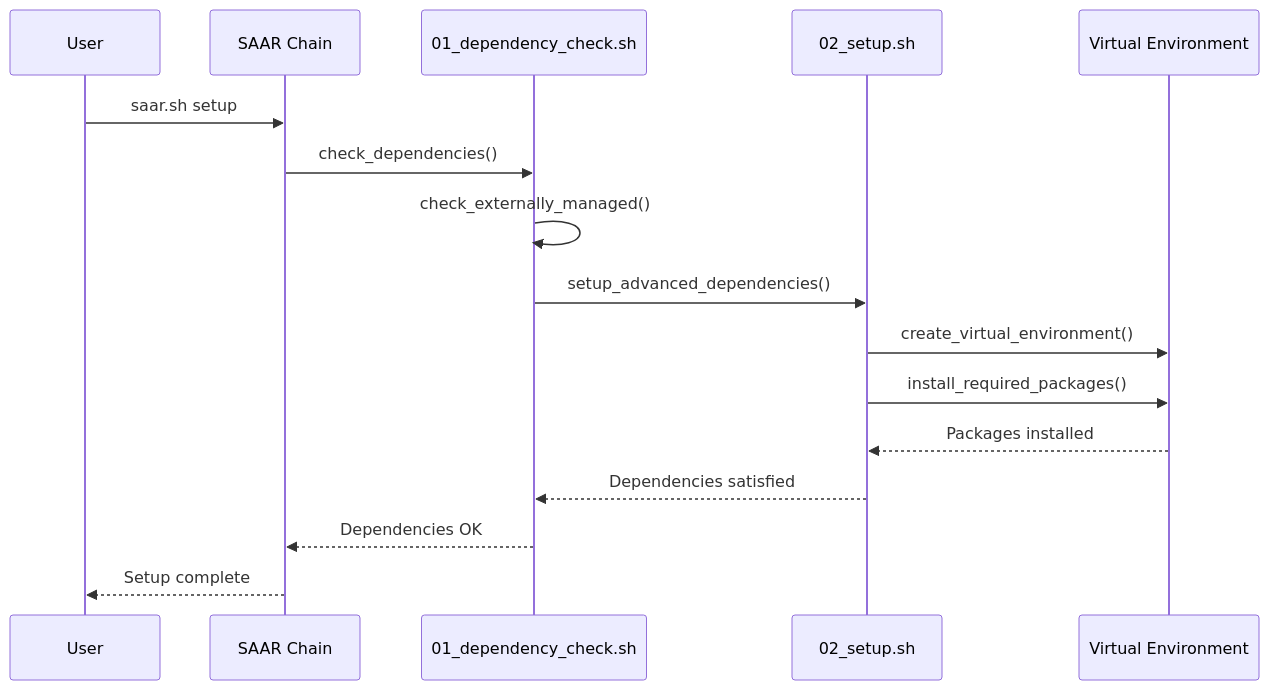
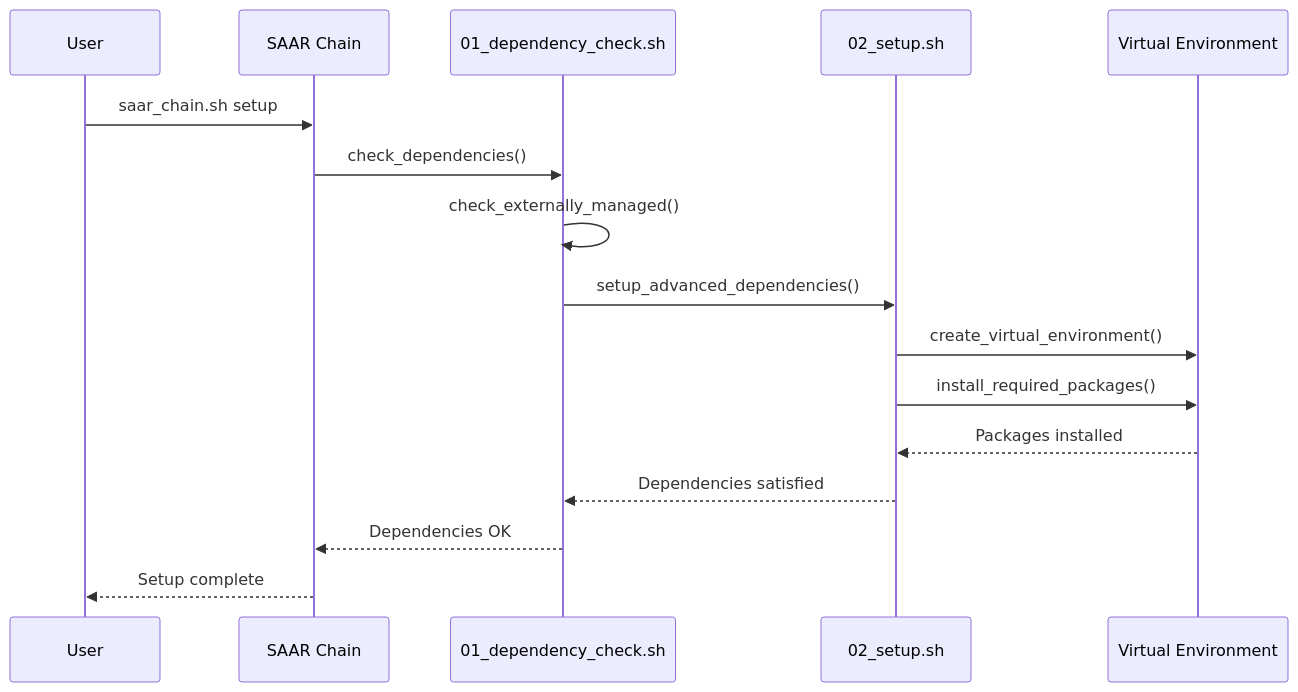
Before and after one commit to Vesias/agentland.saarland: the first of 2 diagrams in ai_docs/integration/VENV-SAAR-INTEGRATION.md, drawn with Mermaid. The commit also changed other lines of this file, not shown here.

Commit message:
fix: Correct script name references in VENV-SAAR integration documentation

````diff
--- a/ai_docs/integration/VENV-SAAR-INTEGRATION.md
+++ b/ai_docs/integration/VENV-SAAR-INTEGRATION.md
@@ -117,19 +117,19 @@
 ```mermaid
 sequenceDiagram
     participant User
     participant SAAR as SAAR Chain
     participant DependencyCheck as 01_dependency_check.sh
     participant Setup as 02_setup.sh
     participant VEnv as Virtual Environment
 
-    User->>SAAR: saar.sh setup
+    User->>SAAR: saar_chain.sh setup
     SAAR->>DependencyCheck: check_dependencies()
     DependencyCheck->>DependencyCheck: check_externally_managed()
     DependencyCheck->>Setup: setup_advanced_dependencies()
     Setup->>VEnv: create_virtual_environment()
     Setup->>VEnv: install_required_packages()
     VEnv-->>Setup: Packages installed
     Setup-->>DependencyCheck: Dependencies satisfied
     DependencyCheck-->>SAAR: Dependencies OK
     SAAR-->>User: Setup complete
 ```
````
